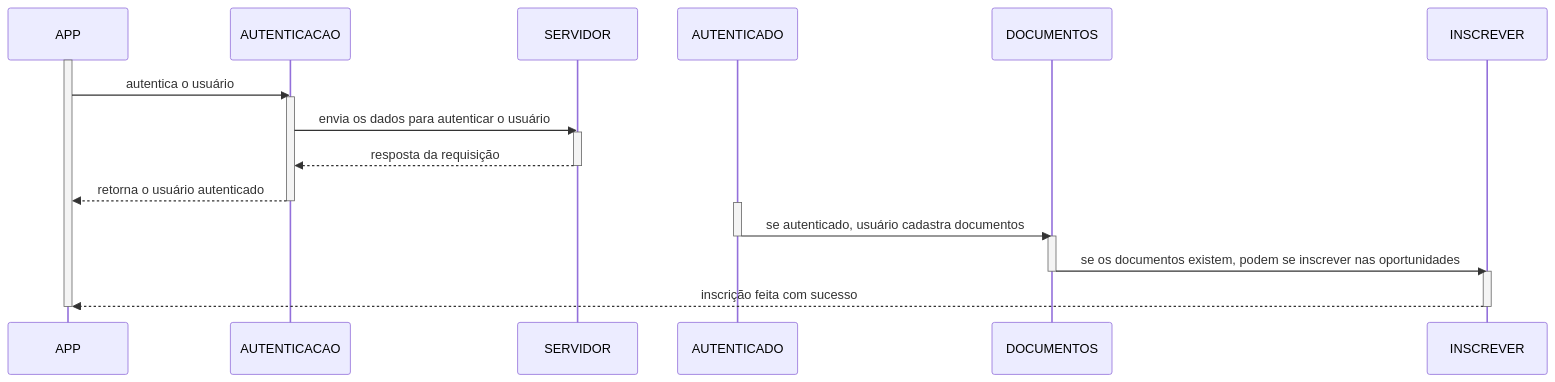
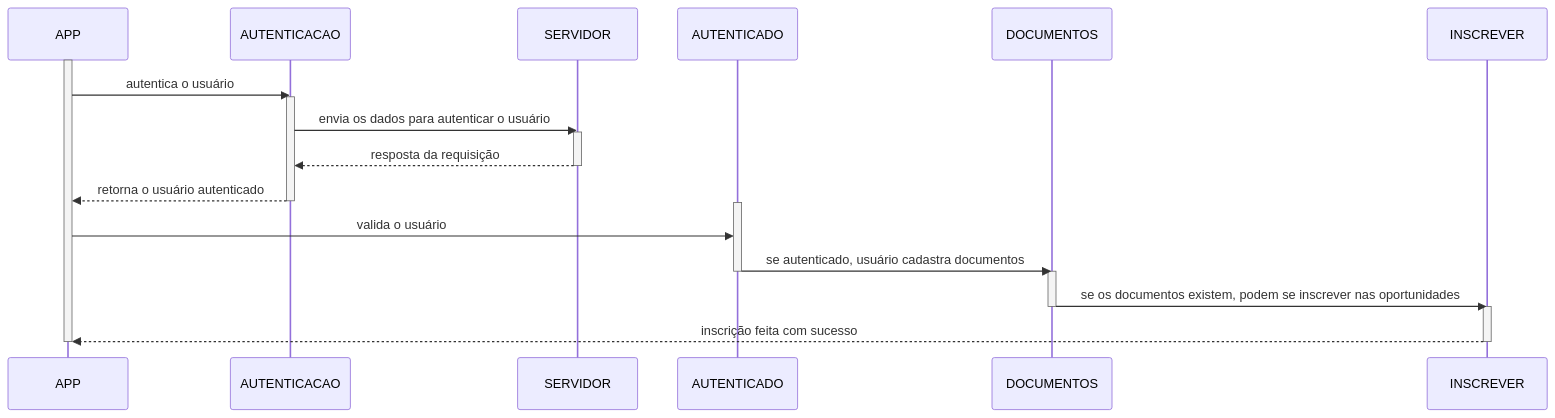
Before and after one commit to userhv/dcc-app: the diagram in docs/sprint_4.md, drawn with Mermaid.

Commit message:
Update doc 2

````diff
--- a/docs/sprint_4.md
+++ b/docs/sprint_4.md
@@ -13,22 +13,23 @@
 ```mermaid
     sequenceDiagram
     activate APP
     APP->>AUTENTICACAO: autentica o usuário
     activate AUTENTICACAO
     AUTENTICACAO->>SERVIDOR: envia os dados para autenticar o usuário
     activate SERVIDOR
     SERVIDOR-->>AUTENTICACAO: resposta da requisição
     deactivate SERVIDOR
     AUTENTICACAO-->>APP: retorna o usuário autenticado
     deactivate AUTENTICACAO
     activate AUTENTICADO
+    APP->>AUTENTICADO: valida o usuário
     AUTENTICADO->>DOCUMENTOS: se autenticado, usuário cadastra documentos
     activate DOCUMENTOS
     deactivate AUTENTICADO
     DOCUMENTOS->>INSCREVER: se os documentos existem, podem se inscrever nas oportunidades
     activate INSCREVER
     deactivate DOCUMENTOS
     INSCREVER-->>APP: inscrição feita com sucesso
     deactivate INSCREVER
 	deactivate APP
 ```
````
